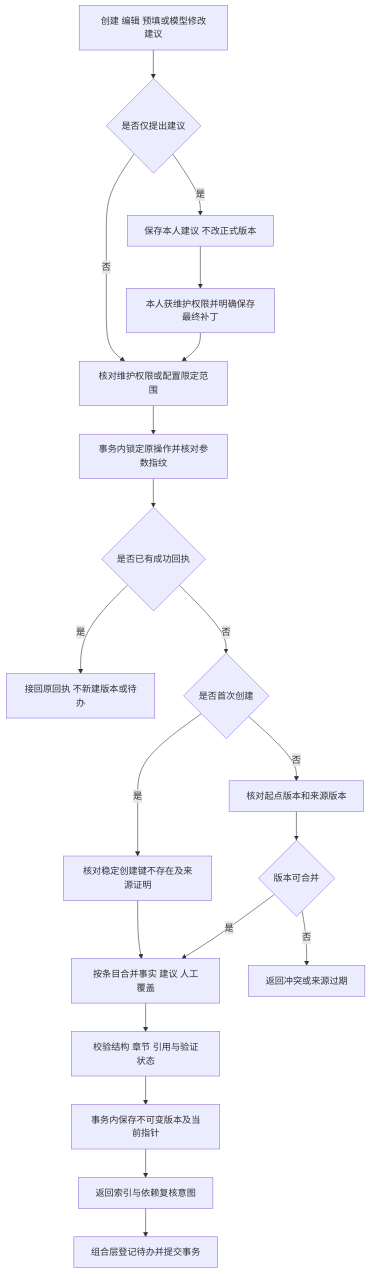
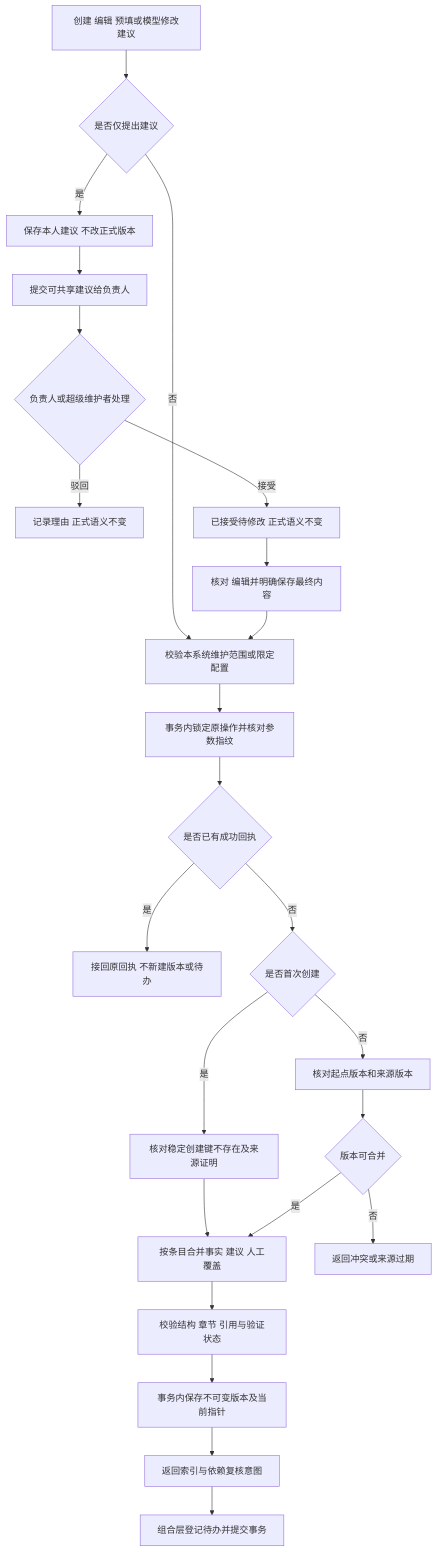
The fourth of 11 diagrams in docs/architecture/knowledge-modules.md (yaoziyaoguai/data_agent), drawn with Mermaid before and after one commit. The commit also changed other lines of this file and 67 other files, not shown here.

````diff
--- a/docs/architecture/knowledge-modules.md
+++ b/docs/architecture/knowledge-modules.md
@@ -154,22 +217,26 @@
 ```mermaid
 flowchart TD
     A[创建 编辑 预填或模型修改建议] --> P{是否仅提出建议}
     P -->|是| Q[保存本人建议 不改正式版本]
-    Q --> R[本人获维护权限并明确保存最终补丁]
-    P -->|否| S[核对维护权限或配置限定范围]
+    Q --> Submit[提交可共享建议给负责人]
+    Submit --> Decision{负责人或超级维护者处理}
+    Decision -->|驳回| Rejected[记录理由 正式语义不变]
+    Decision -->|接受| Accepted[已接受待修改 正式语义不变]
+    Accepted --> R[核对 编辑并明确保存最终内容]
+    P -->|否| S[校验本系统维护范围或限定配置]
     R --> S
     S --> O[事务内锁定原操作并核对参数指纹]
     O --> J{是否已有成功回执}
     J -->|是| T[接回原回执 不新建版本或待办]
     J -->|否| N{是否首次创建}
     N -->|是| K[核对稳定创建键不存在及来源证明]
     N -->|否| B[核对起点版本和来源版本]
     K --> E
     B --> C{版本可合并}
     C -->|否| D[返回冲突或来源过期]
     C -->|是| E[按条目合并事实 建议 人工覆盖]
     E --> F[校验结构 章节 引用与验证状态]
     F --> G[事务内保存不可变版本及当前指针]
     G --> H[返回索引与依赖复核意图]
     H --> I[组合层登记待办并提交事务]
 ```
````
